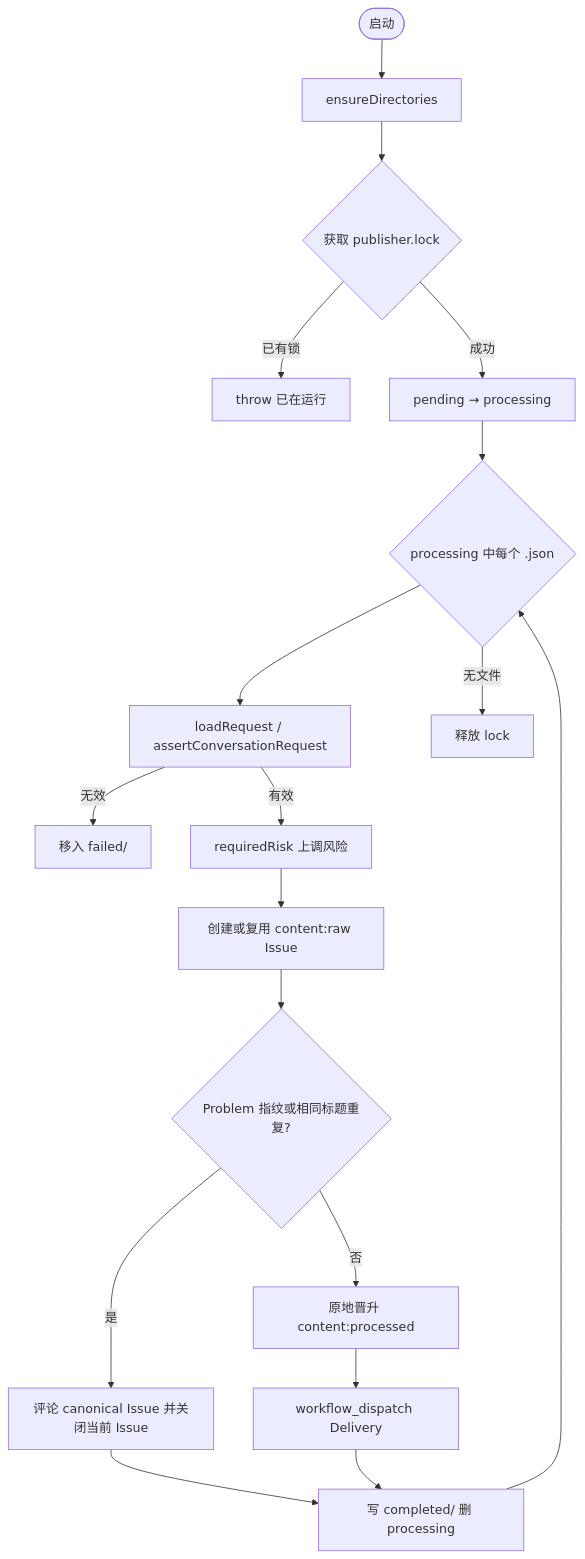
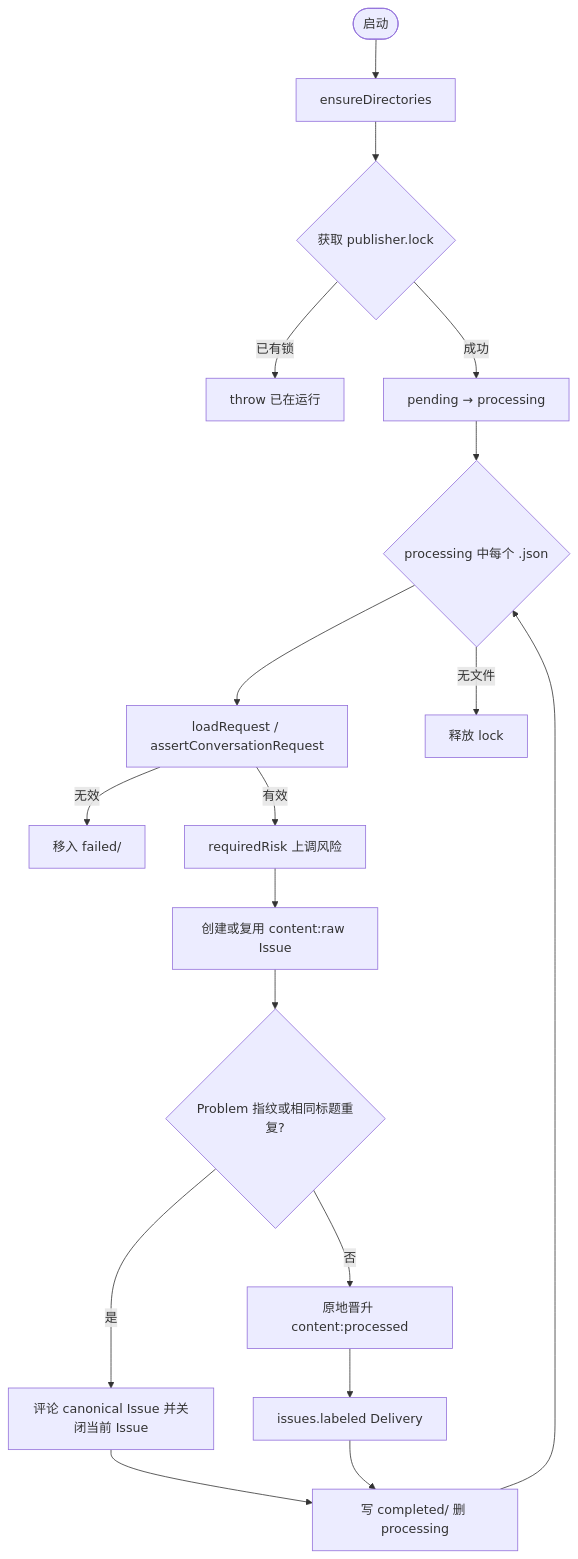
Before and after one commit to liuzhuang/signalpatch: the second of 2 diagrams in .github/workflows/publish-conversation-issues.yml.md, drawn with Mermaid. The commit also changed other lines of this file and 17 other files, not shown here.

````diff
--- a/.github/workflows/publish-conversation-issues.yml.md
+++ b/.github/workflows/publish-conversation-issues.yml.md
@@ -139,20 +139,20 @@
 ```mermaid
 flowchart TD
   start([启动]) --> dirs[ensureDirectories]
   dirs --> lock{获取 publisher.lock}
   lock -->|已有锁| err[throw 已在运行]
   lock -->|成功| move[pending → processing]
   move --> loop{processing 中每个 .json}
   loop --> load[loadRequest / assertConversationRequest]
   load -->|无效| failDir[移入 failed/]
   load -->|有效| risk[requiredRisk 上调风险]
   risk --> raw[创建或复用 content:raw Issue]
   raw --> dedup{Problem 指纹或相同标题重复?}
   dedup -->|是| close[评论 canonical Issue 并关闭当前 Issue]
   dedup -->|否| promote[原地晋升 content:processed]
-  promote --> dispatch[workflow_dispatch Delivery]
+  promote --> delivery[issues.labeled Delivery]
   close --> complete[写 completed/ 删 processing]
-  dispatch --> complete
+  delivery --> complete
   complete --> loop
   loop -->|无文件| unlock[释放 lock]
 ```
````
